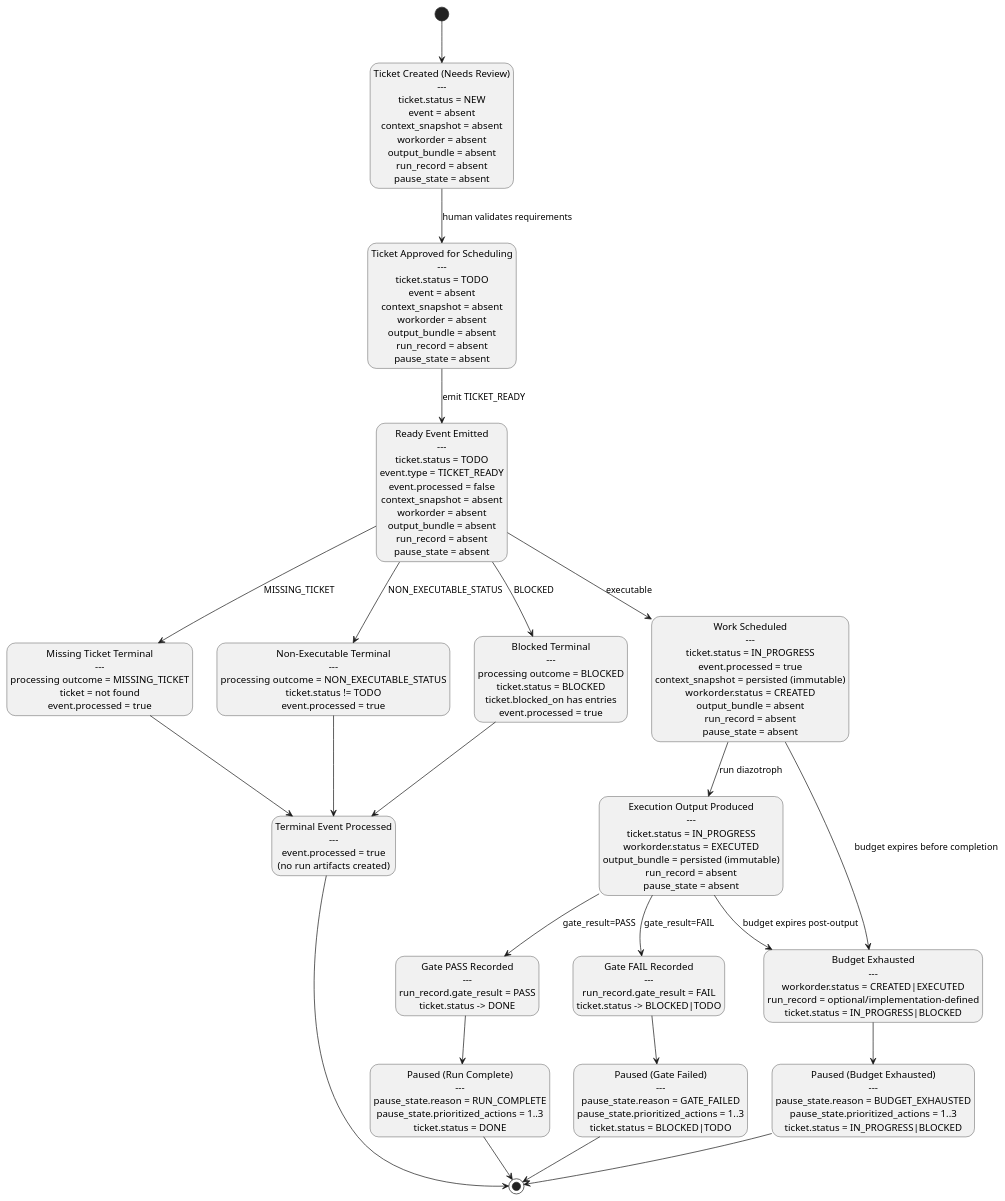
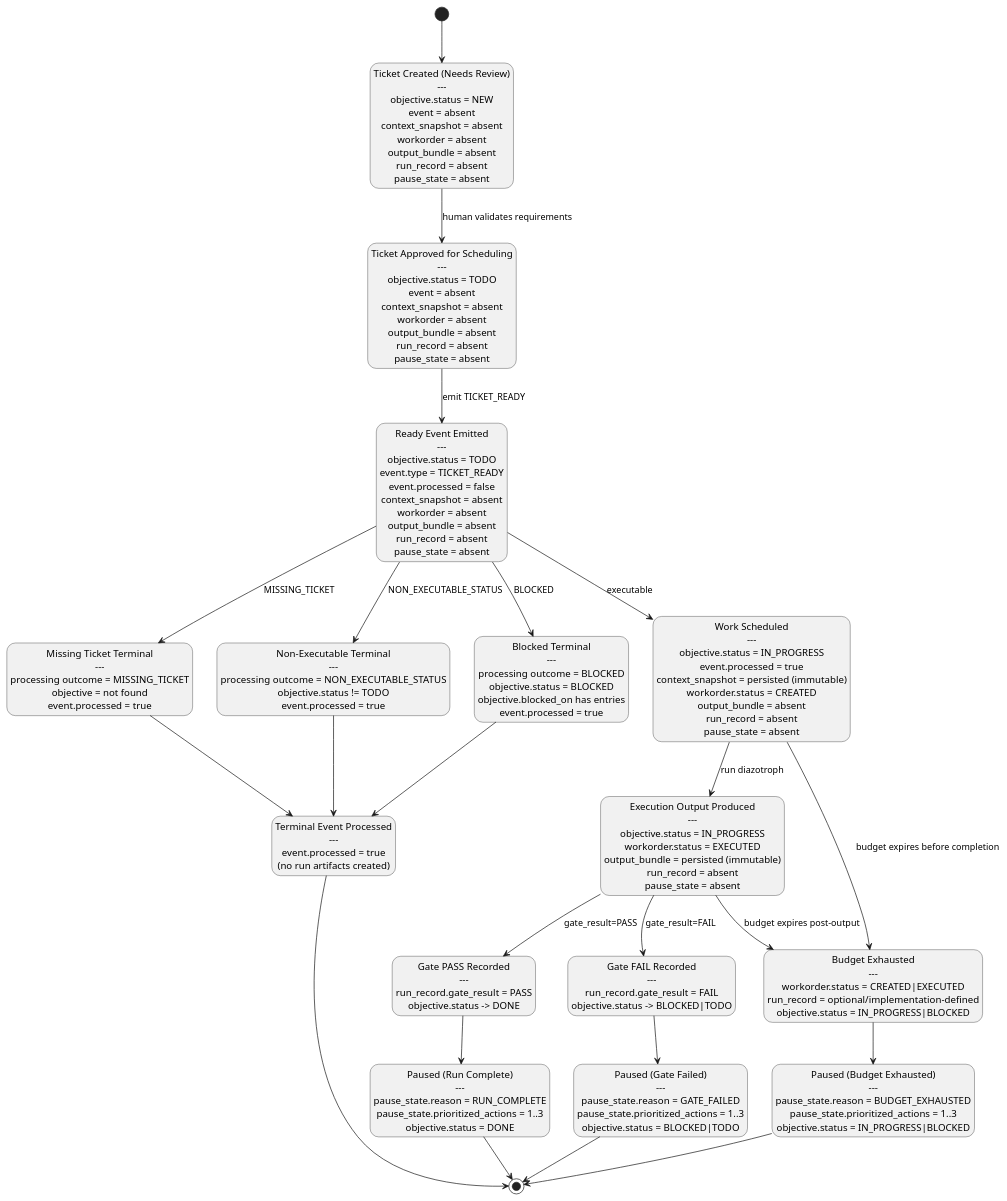
One commit to leximicham/Azolla-Protocol changed the diagram in docs/diagrams/mec_state_machine.puml. Above: the diagram before and after it, drawn with PlantUML. The commit also changed 3 other files, not shown here.

```diff
--- a/docs/diagrams/mec_state_machine.puml
+++ b/docs/diagrams/mec_state_machine.puml
@@ -1,64 +1,64 @@
 @startuml mec_state_machine
 ' MEC v0.1 state machine with per-schema artifact state snapshots.
 
 hide empty description
 
-state "Ticket Created (Needs Review)\n---\nticket.status = NEW\nevent = absent\ncontext_snapshot = absent\nworkorder = absent\noutput_bundle = absent\nrun_record = absent\npause_state = absent" as TicketCreated
+state "Ticket Created (Needs Review)\n---\nobjective.status = NEW\nevent = absent\ncontext_snapshot = absent\nworkorder = absent\noutput_bundle = absent\nrun_record = absent\npause_state = absent" as TicketCreated
 
-state "Ticket Approved for Scheduling\n---\nticket.status = TODO\nevent = absent\ncontext_snapshot = absent\nworkorder = absent\noutput_bundle = absent\nrun_record = absent\npause_state = absent" as TicketApproved
+state "Ticket Approved for Scheduling\n---\nobjective.status = TODO\nevent = absent\ncontext_snapshot = absent\nworkorder = absent\noutput_bundle = absent\nrun_record = absent\npause_state = absent" as TicketApproved
 
-state "Ready Event Emitted\n---\nticket.status = TODO\nevent.type = TICKET_READY\nevent.processed = false\ncontext_snapshot = absent\nworkorder = absent\noutput_bundle = absent\nrun_record = absent\npause_state = absent" as ReadyEventEmitted
+state "Ready Event Emitted\n---\nobjective.status = TODO\nevent.type = TICKET_READY\nevent.processed = false\ncontext_snapshot = absent\nworkorder = absent\noutput_bundle = absent\nrun_record = absent\npause_state = absent" as ReadyEventEmitted
 
 state "Terminal Event Processed\n---\nevent.processed = true\n(no run artifacts created)" as TerminalEventProcessed
 
-state "Missing Ticket Terminal\n---\nprocessing outcome = MISSING_TICKET\nticket = not found\nevent.processed = true" as MissingTicketTerminal
+state "Missing Ticket Terminal\n---\nprocessing outcome = MISSING_TICKET\nobjective = not found\nevent.processed = true" as MissingTicketTerminal
 
-state "Non-Executable Terminal\n---\nprocessing outcome = NON_EXECUTABLE_STATUS\nticket.status != TODO\nevent.processed = true" as NonExecutableTerminal
+state "Non-Executable Terminal\n---\nprocessing outcome = NON_EXECUTABLE_STATUS\nobjective.status != TODO\nevent.processed = true" as NonExecutableTerminal
 
-state "Blocked Terminal\n---\nprocessing outcome = BLOCKED\nticket.status = BLOCKED\nticket.blocked_on has entries\nevent.processed = true" as BlockedTerminal
+state "Blocked Terminal\n---\nprocessing outcome = BLOCKED\nobjective.status = BLOCKED\nobjective.blocked_on has entries\nevent.processed = true" as BlockedTerminal
 
-state "Work Scheduled\n---\nticket.status = IN_PROGRESS\nevent.processed = true\ncontext_snapshot = persisted (immutable)\nworkorder.status = CREATED\noutput_bundle = absent\nrun_record = absent\npause_state = absent" as WorkScheduled
+state "Work Scheduled\n---\nobjective.status = IN_PROGRESS\nevent.processed = true\ncontext_snapshot = persisted (immutable)\nworkorder.status = CREATED\noutput_bundle = absent\nrun_record = absent\npause_state = absent" as WorkScheduled
 
-state "Execution Output Produced\n---\nticket.status = IN_PROGRESS\nworkorder.status = EXECUTED\noutput_bundle = persisted (immutable)\nrun_record = absent\npause_state = absent" as ExecutionOutputProduced
+state "Execution Output Produced\n---\nobjective.status = IN_PROGRESS\nworkorder.status = EXECUTED\noutput_bundle = persisted (immutable)\nrun_record = absent\npause_state = absent" as ExecutionOutputProduced
 
-state "Gate PASS Recorded\n---\nrun_record.gate_result = PASS\nticket.status -> DONE" as GatePassRecorded
+state "Gate PASS Recorded\n---\nrun_record.gate_result = PASS\nobjective.status -> DONE" as GatePassRecorded
 
-state "Gate FAIL Recorded\n---\nrun_record.gate_result = FAIL\nticket.status -> BLOCKED|TODO" as GateFailRecorded
+state "Gate FAIL Recorded\n---\nrun_record.gate_result = FAIL\nobjective.status -> BLOCKED|TODO" as GateFailRecorded
 
-state "Budget Exhausted\n---\nworkorder.status = CREATED|EXECUTED\nrun_record = optional/implementation-defined\nticket.status = IN_PROGRESS|BLOCKED" as BudgetExhausted
+state "Budget Exhausted\n---\nworkorder.status = CREATED|EXECUTED\nrun_record = optional/implementation-defined\nobjective.status = IN_PROGRESS|BLOCKED" as BudgetExhausted
 
-state "Paused (Run Complete)\n---\npause_state.reason = RUN_COMPLETE\npause_state.prioritized_actions = 1..3\nticket.status = DONE" as PausedRunComplete
+state "Paused (Run Complete)\n---\npause_state.reason = RUN_COMPLETE\npause_state.prioritized_actions = 1..3\nobjective.status = DONE" as PausedRunComplete
 
-state "Paused (Gate Failed)\n---\npause_state.reason = GATE_FAILED\npause_state.prioritized_actions = 1..3\nticket.status = BLOCKED|TODO" as PausedGateFailed
+state "Paused (Gate Failed)\n---\npause_state.reason = GATE_FAILED\npause_state.prioritized_actions = 1..3\nobjective.status = BLOCKED|TODO" as PausedGateFailed
 
-state "Paused (Budget Exhausted)\n---\npause_state.reason = BUDGET_EXHAUSTED\npause_state.prioritized_actions = 1..3\nticket.status = IN_PROGRESS|BLOCKED" as PausedBudgetExhausted
+state "Paused (Budget Exhausted)\n---\npause_state.reason = BUDGET_EXHAUSTED\npause_state.prioritized_actions = 1..3\nobjective.status = IN_PROGRESS|BLOCKED" as PausedBudgetExhausted
 
 [*] --> TicketCreated
 TicketCreated --> TicketApproved : human validates requirements
 TicketApproved --> ReadyEventEmitted : emit TICKET_READY
 
 ReadyEventEmitted --> MissingTicketTerminal : MISSING_TICKET
 ReadyEventEmitted --> NonExecutableTerminal : NON_EXECUTABLE_STATUS
 ReadyEventEmitted --> BlockedTerminal : BLOCKED
 ReadyEventEmitted --> WorkScheduled : executable
 
 MissingTicketTerminal --> TerminalEventProcessed
 NonExecutableTerminal --> TerminalEventProcessed
 BlockedTerminal --> TerminalEventProcessed
 TerminalEventProcessed --> [*]
 
 WorkScheduled --> ExecutionOutputProduced : run diazotroph
 ExecutionOutputProduced --> GatePassRecorded : gate_result=PASS
 ExecutionOutputProduced --> GateFailRecorded : gate_result=FAIL
 WorkScheduled --> BudgetExhausted : budget expires before completion
 ExecutionOutputProduced --> BudgetExhausted : budget expires post-output
 
 GatePassRecorded --> PausedRunComplete
 GateFailRecorded --> PausedGateFailed
 BudgetExhausted --> PausedBudgetExhausted
 
 PausedRunComplete --> [*]
 PausedGateFailed --> [*]
 PausedBudgetExhausted --> [*]
 
 @enduml
```
